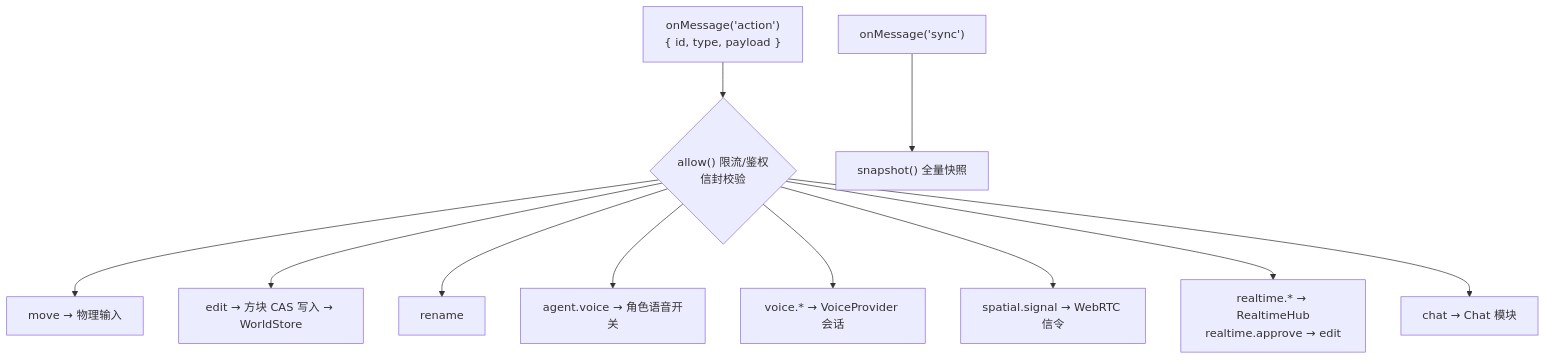
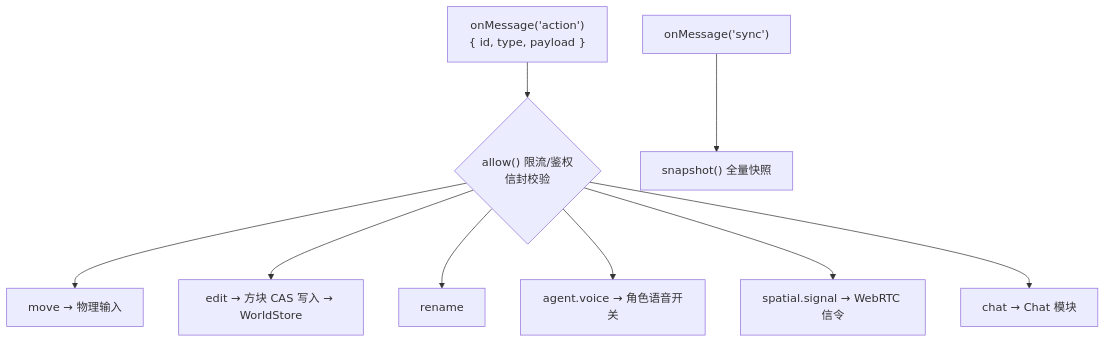
Before and after one commit to lulabs-org/embocraft: the eighth of 14 diagrams in docs/guide/architecture-diagrams.md, drawn with Mermaid. The commit also changed other lines of this file and 24 other files, not shown here.

````diff
--- a/docs/guide/architecture-diagrams.md
+++ b/docs/guide/architecture-diagrams.md
@@ -232,13 +229,11 @@
 ```mermaid
 graph TD
     Action["onMessage('action')<br/>{ id, type, payload }"] --> Allow{"allow() 限流/鉴权<br/>信封校验"}
     Allow --> Move["move → 物理输入"]
     Allow --> Edit["edit → 方块 CAS 写入 → WorldStore"]
     Allow --> Rename["rename"]
     Allow --> AV["agent.voice → 角色语音开关"]
-    Allow --> VoiceS["voice.* → VoiceProvider 会话"]
     Allow --> Spatial["spatial.signal → WebRTC 信令"]
-    Allow --> Realtime["realtime.* → RealtimeHub<br/>realtime.approve → edit"]
     Allow --> ChatM["chat → Chat 模块"]
     Sync["onMessage('sync')"] --> Snap["snapshot() 全量快照"]
 ```
````
